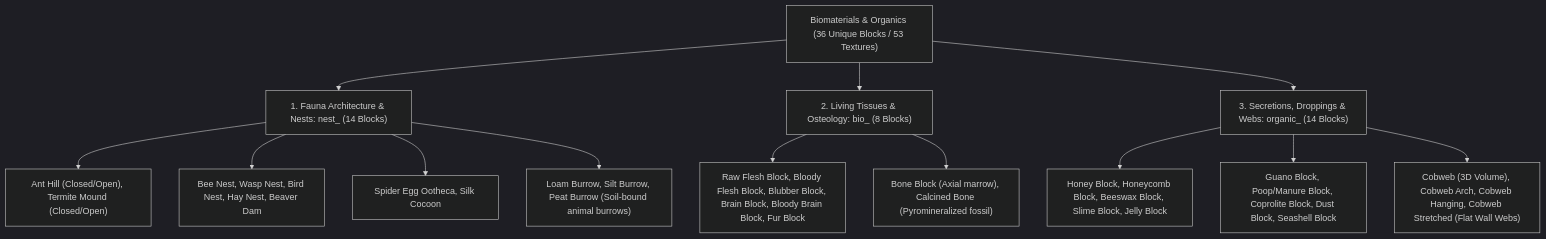
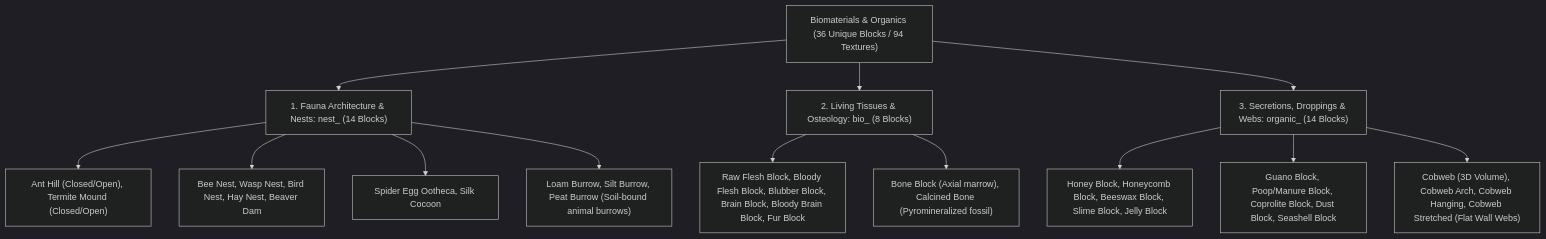
One commit to gabrtzweb/VoxelGameEngine changed the diagram in docs/worldbuilding/blocks/organics_design.md. Above: the diagram before and after it, drawn with Mermaid (dark theme). The commit also changed other lines of this file and 187 other files, not shown here.

````diff
--- a/docs/worldbuilding/blocks/organics_design.md
+++ b/docs/worldbuilding/blocks/organics_design.md
@@ -17,18 +17,18 @@
 ```mermaid
 graph TD
-    O["Biomaterials & Organics (36 Unique Blocks / 53 Textures)"] --> A["1. Fauna Architecture & Nests: nest_ (14 Blocks)"]
+    O["Biomaterials & Organics (36 Unique Blocks / 94 Textures)"] --> A["1. Fauna Architecture & Nests: nest_ (14 Blocks)"]
     O --> B["2. Living Tissues & Osteology: bio_ (8 Blocks)"]
     O --> C["3. Secretions, Droppings & Webs: organic_ (14 Blocks)"]
 
     A --> A1["Ant Hill (Closed/Open), Termite Mound (Closed/Open)"]
     A --> A2["Bee Nest, Wasp Nest, Bird Nest, Hay Nest, Beaver Dam"]
     A --> A3["Spider Egg Ootheca, Silk Cocoon"]
     A --> A4["Loam Burrow, Silt Burrow, Peat Burrow (Soil-bound animal burrows)"]
 
     B --> B1["Raw Flesh Block, Bloody Flesh Block, Blubber Block, Brain Block, Bloody Brain Block, Fur Block"]
     B --> B2["Bone Block (Axial marrow), Calcined Bone (Pyromineralized fossil)"]
 
     C --> C1["Honey Block, Honeycomb Block, Beeswax Block, Slime Block, Jelly Block"]
     C --> C2["Guano Block, Poop/Manure Block, Coprolite Block, Dust Block, Seashell Block"]
     C --> C3["Cobweb (3D Volume), Cobweb Arch, Cobweb Hanging, Cobweb Stretched (Flat Wall Webs)"]
 ```
````
